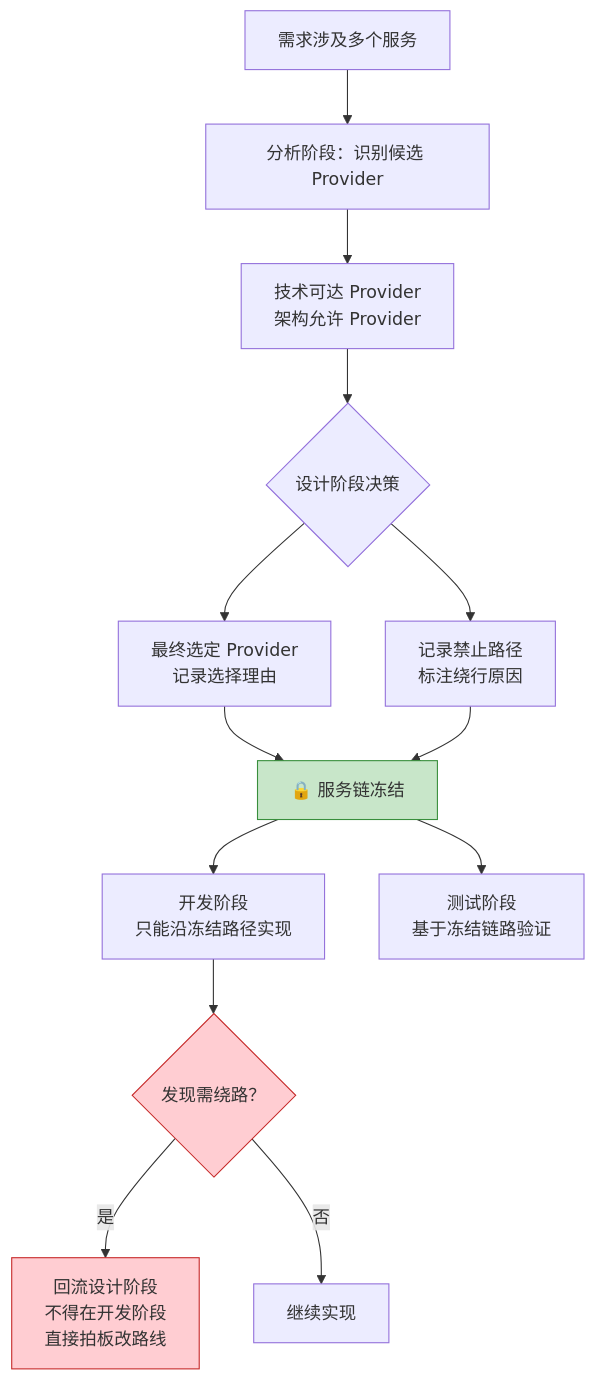
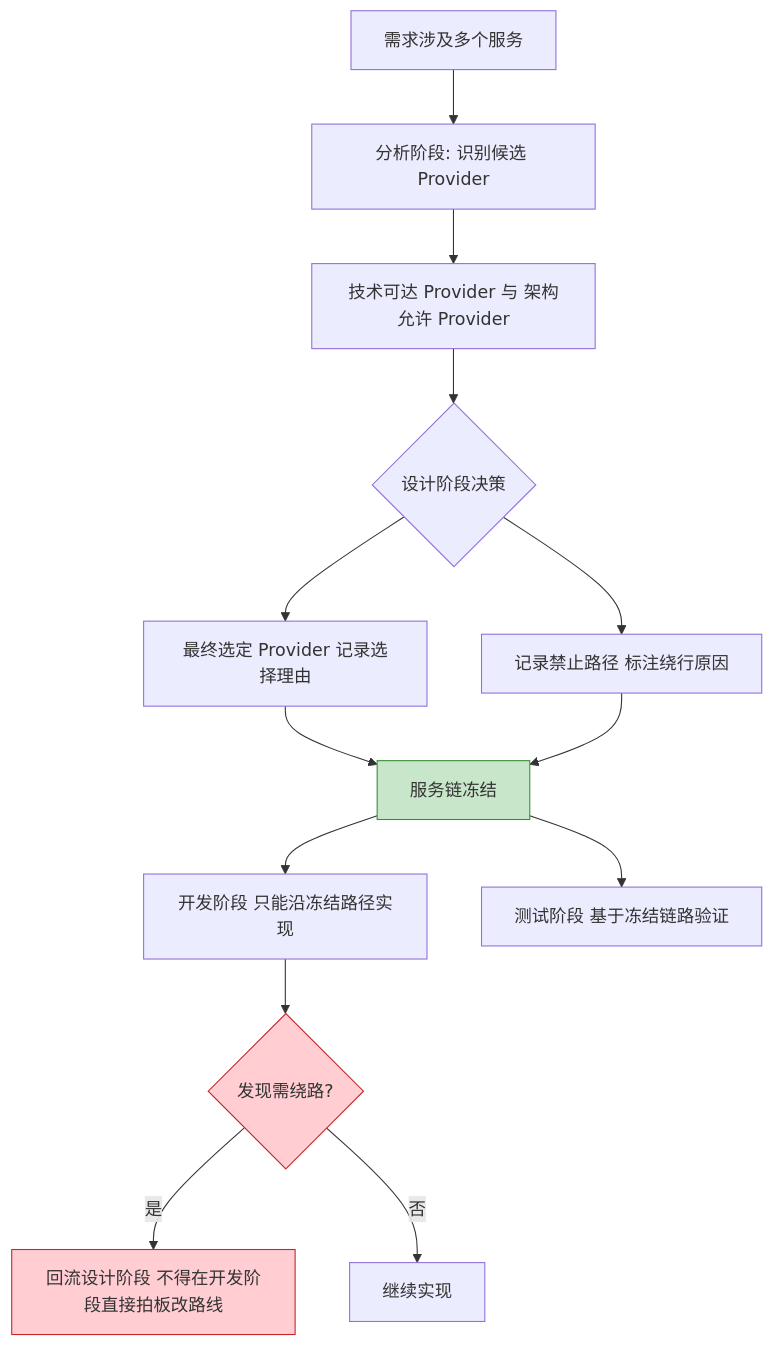
One commit to mes-openai/mes-ai-dev changed the third of 5 diagrams in mes-ai-dev/workspace/training/03-phase-design-flowchart.md. Above: the diagram before and after it, drawn with Mermaid. The commit also changed other lines of this file and 12 other files, not shown here.

Commit message:
重新生成阶段流程图

````diff
--- a/mes-ai-dev/workspace/training/03-phase-design-flowchart.md
+++ b/mes-ai-dev/workspace/training/03-phase-design-flowchart.md
@@ -157,23 +151,23 @@
 ```mermaid
 flowchart TB
-    MULTI[需求涉及多个服务] --> ANALYZE[分析阶段：识别候选 Provider]
-    ANALYZE --> PROVIDERS[技术可达 Provider<br/>架构允许 Provider]
+    MULTI["需求涉及多个服务"] --> ANALYZE["分析阶段: 识别候选 Provider"]
+    ANALYZE --> PROVIDERS["技术可达 Provider 与 架构允许 Provider"]
 
-    PROVIDERS --> DESIGN{设计阶段决策}
-    DESIGN --> SELECT[最终选定 Provider<br/>记录选择理由]
-    DESIGN --> FORBID[记录禁止路径<br/>标注绕行原因]
+    PROVIDERS --> DESIGN{"设计阶段决策"}
+    DESIGN --> SELECT["最终选定 Provider 记录选择理由"]
+    DESIGN --> FORBID["记录禁止路径 标注绕行原因"]
 
-    SELECT --> FREEZE[🔒 服务链冻结]
+    SELECT --> FREEZE["服务链冻结"]
     FORBID --> FREEZE
 
-    FREEZE --> DEV[开发阶段<br/>只能沿冻结路径实现]
-    FREEZE --> TEST[测试阶段<br/>基于冻结链路验证]
+    FREEZE --> DEV["开发阶段 只能沿冻结路径实现"]
+    FREEZE --> TEST["测试阶段 基于冻结链路验证"]
 
-    DEV --> VIOLATE{发现需绕路？}
-    VIOLATE -->|是| REFLOW_D[回流设计阶段<br/>不得在开发阶段<br/>直接拍板改路线]
-    VIOLATE -->|否| CONTINUE[继续实现]
+    DEV --> VIOLATE{"发现需绕路?"}
+    VIOLATE -->|"是"| REFLOW_D["回流设计阶段 不得在开发阶段直接拍板改路线"]
+    VIOLATE -->|"否"| CONTINUE["继续实现"]
 
     style FREEZE fill:#C8E6C9,stroke:#388E3C
     style VIOLATE fill:#FFCDD2,stroke:#C62828
     style REFLOW_D fill:#FFCDD2,stroke:#C62828
 ```
````
